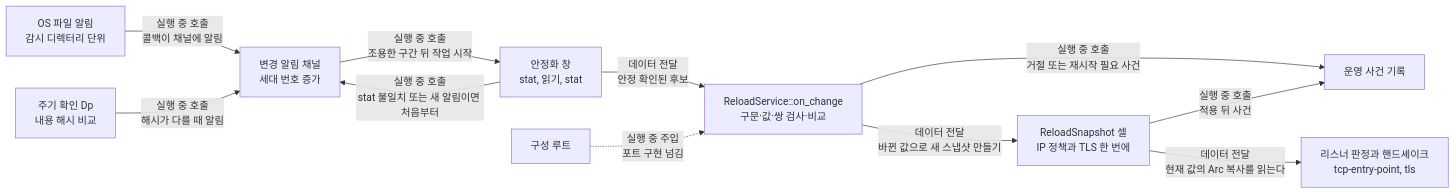
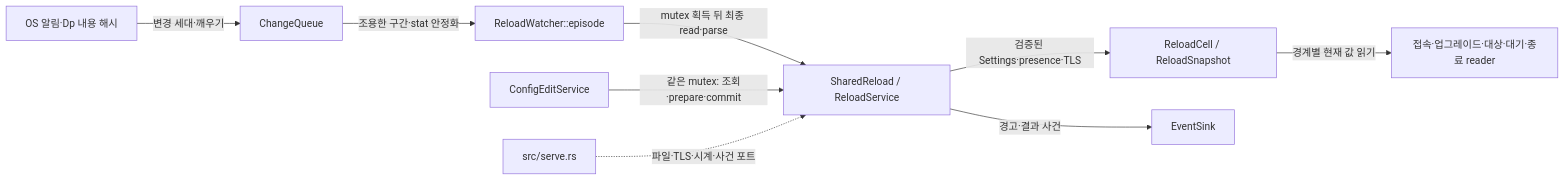
Before and after one commit to kayden-kim/vnc-relay: the diagram in docs/architectures/file-watch.md, drawn with Mermaid. The commit also changed other lines of this file and 113 other files, not shown here.

First line of the commit message:
feat(config): add config view, dynamic edit, and expanded reload

````diff
--- a/docs/architectures/file-watch.md
+++ b/docs/architectures/file-watch.md
@@ -48,13 +29,11 @@
 ```mermaid
 flowchart LR
-    OS["OS 파일 알림<br/>감시 디렉터리 단위"] -->|"실행 중 호출<br/>콜백이 채널에 알림"| Q["변경 알림 채널<br/>세대 번호 증가"]
-    DP["주기 확인 Dp<br/>내용 해시 비교"] -->|"실행 중 호출<br/>해시가 다를 때 알림"| Q
-    Q -->|"실행 중 호출<br/>조용한 구간 뒤 작업 시작"| S["안정화 창<br/>stat, 읽기, stat"]
-    S -->|"실행 중 호출<br/>stat 불일치 또는 새 알림이면 처음부터"| Q
-    S -->|"데이터 전달<br/>안정 확인된 후보"| V["ReloadService::on_change<br/>구문·값·쌍 검사·비교"]
-    V -->|"데이터 전달<br/>바뀐 값으로 새 스냅샷 만들기"| SN["ReloadSnapshot 셀<br/>IP 정책과 TLS 한 번에"]
-    V -->|"실행 중 호출<br/>거절 또는 재시작 필요 사건"| EV["운영 사건 기록"]
-    SN -->|"실행 중 호출<br/>적용 뒤 사건"| EV
-    SN -->|"데이터 전달<br/>현재 값의 Arc 복사를 읽는다"| LS["리스너 판정과 핸드셰이크<br/>tcp-entry-point, tls"]
-    CR["구성 루트"] -.->|"실행 중 주입<br/>포트 구현 넘김"| V
+    OS["OS 알림·Dp 내용 해시"] -->|"변경 세대·깨우기"| Q["ChangeQueue"]
+    Q -->|"조용한 구간·stat 안정화"| W["ReloadWatcher::episode"]
+    W -->|"mutex 획득 뒤 최종 read·parse"| S["SharedReload / ReloadService"]
+    EDIT["ConfigEditService"] -->|"같은 mutex: 조회·prepare·commit"| S
+    S -->|"검증된 Settings·presence·TLS"| CELL["ReloadCell / ReloadSnapshot"]
+    CELL -->|"경계별 현재 값 읽기"| R["접속·업그레이드·대상·대기·종료 reader"]
+    S -->|"경고·결과 사건"| LOG["EventSink"]
+    ROOT["src/serve.rs"] -.->|"파일·TLS·시계·사건 포트"| S
 ```
````
